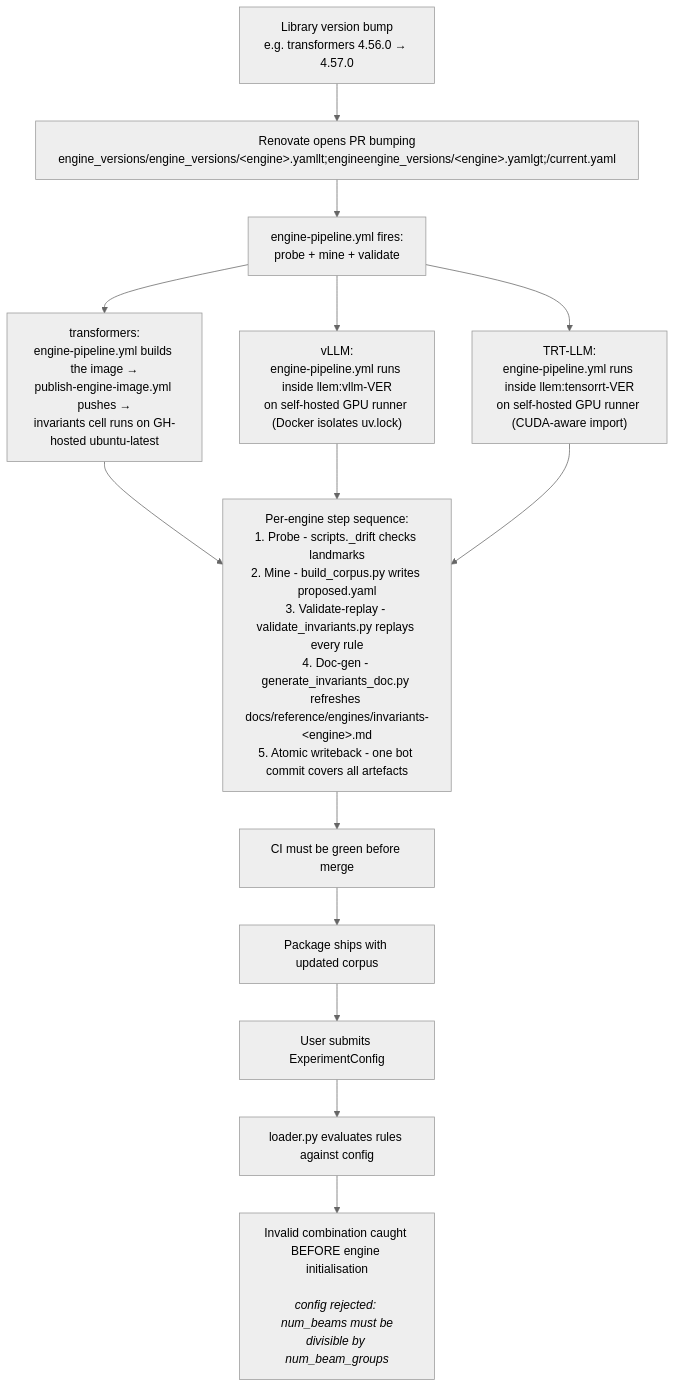
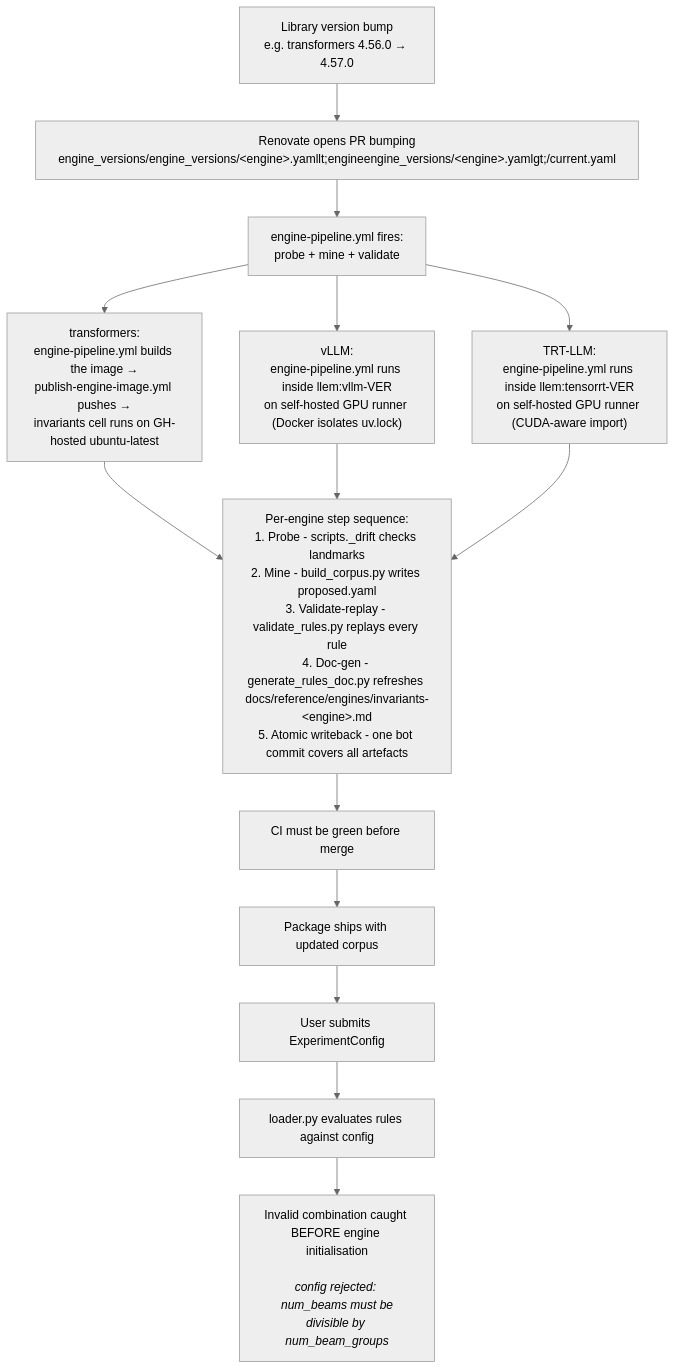
One commit to henrycgbaker/LLenergyMeasure changed the third of 3 diagrams in docs/explanation/architecture/architecture-overview.md. Above: the diagram before and after it, drawn with Mermaid (neutral theme). The commit also changed other lines of this file and 33 other files, not shown here.

First line of the commit message:
refactor(ci): complete invariants->rules rename on scripts + workflows

````diff
--- a/docs/explanation/architecture/architecture-overview.md
+++ b/docs/explanation/architecture/architecture-overview.md
@@ -105,20 +105,20 @@
 ```mermaid
 flowchart TB
     bump[Library version bump<br/>e.g. transformers 4.56.0 → 4.57.0]
     renovate[Renovate opens PR bumping<br/>engine_versions/engine_versions/&lt;engine&gt;.yamllt;engineengine_versions/&lt;engine&gt;.yamlgt;/current.yaml]
     pipeline[engine-pipeline.yml fires:<br/>probe + mine + validate]
 
     bump --> renovate --> pipeline
 
     pipeline --> tf["transformers:<br/>engine-pipeline.yml builds the image →<br/>publish-engine-image.yml pushes →<br/>invariants cell runs on GH-hosted ubuntu-latest"]
     pipeline --> vllm["vLLM:<br/>engine-pipeline.yml runs inside llem:vllm-VER<br/>on self-hosted GPU runner (Docker isolates uv.lock)"]
     pipeline --> trt["TRT-LLM:<br/>engine-pipeline.yml runs inside llem:tensorrt-VER<br/>on self-hosted GPU runner (CUDA-aware import)"]
 
-    tf & vllm & trt --> steps["Per-engine step sequence:<br/>1. Probe - scripts._drift checks landmarks<br/>2. Mine - build_corpus.py writes proposed.yaml<br/>3. Validate-replay - validate_invariants.py replays every rule<br/>4. Doc-gen - generate_invariants_doc.py refreshes docs/reference/engines/invariants-&lt;engine&gt;.md<br/>5. Atomic writeback - one bot commit covers all artefacts"]
+    tf & vllm & trt --> steps["Per-engine step sequence:<br/>1. Probe - scripts._drift checks landmarks<br/>2. Mine - build_corpus.py writes proposed.yaml<br/>3. Validate-replay - validate_rules.py replays every rule<br/>4. Doc-gen - generate_rules_doc.py refreshes docs/reference/engines/invariants-&lt;engine&gt;.md<br/>5. Atomic writeback - one bot commit covers all artefacts"]
 
     steps --> green[CI must be green before merge]
     green --> ship[Package ships with updated corpus]
     ship --> submit[User submits ExperimentConfig]
     submit --> evaluate[loader.py evaluates rules against config]
     evaluate --> caught["Invalid combination caught BEFORE engine initialisation<br/><br/><i>config rejected: num_beams must be<br/>divisible by num_beam_groups</i>"]
 ```
````
